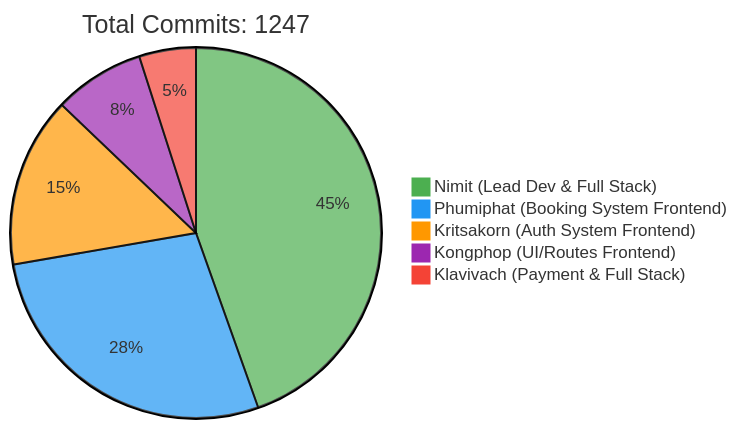
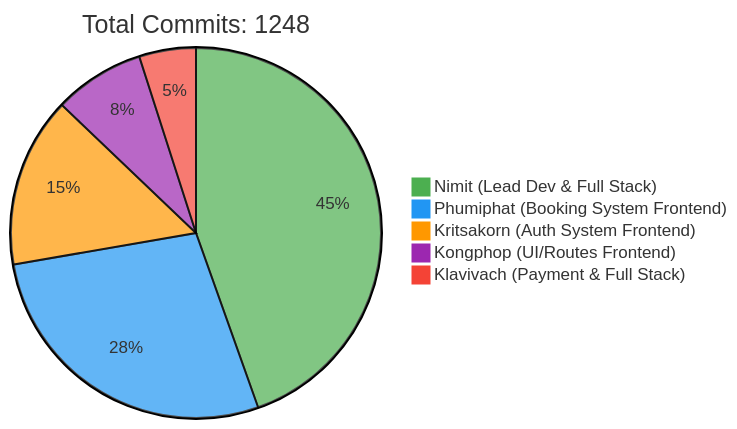
One commit to 6531503042/Sport-Complex changed the first of 2 diagrams in README.md. Above: the diagram before and after it, drawn with Mermaid. The commit also changed other lines of this file, not shown here.

Commit message:
docs: Update contributor statistics [skip ci]

````diff
--- a/README.md
+++ b/README.md
@@ -257,10 +257,10 @@
 ```mermaid
 %%{init: {'theme': 'base', 'themeVariables': { 'pie1': '#4CAF50', 'pie2': '#2196F3', 'pie3': '#FF9800', 'pie4': '#9C27B0', 'pie5': '#F44336'}}}%%
 pie
-    title Total Commits: 1247
+    title Total Commits: 1248
     "Nimit (Lead Dev & Full Stack)" : 450
     "Phumiphat (Booking System Frontend)" : 280
     "Kritsakorn (Auth System Frontend)" : 150
     "Kongphop (UI/Routes Frontend)" : 80
     "Klavivach (Payment & Full Stack)" : 50
 ```
````
